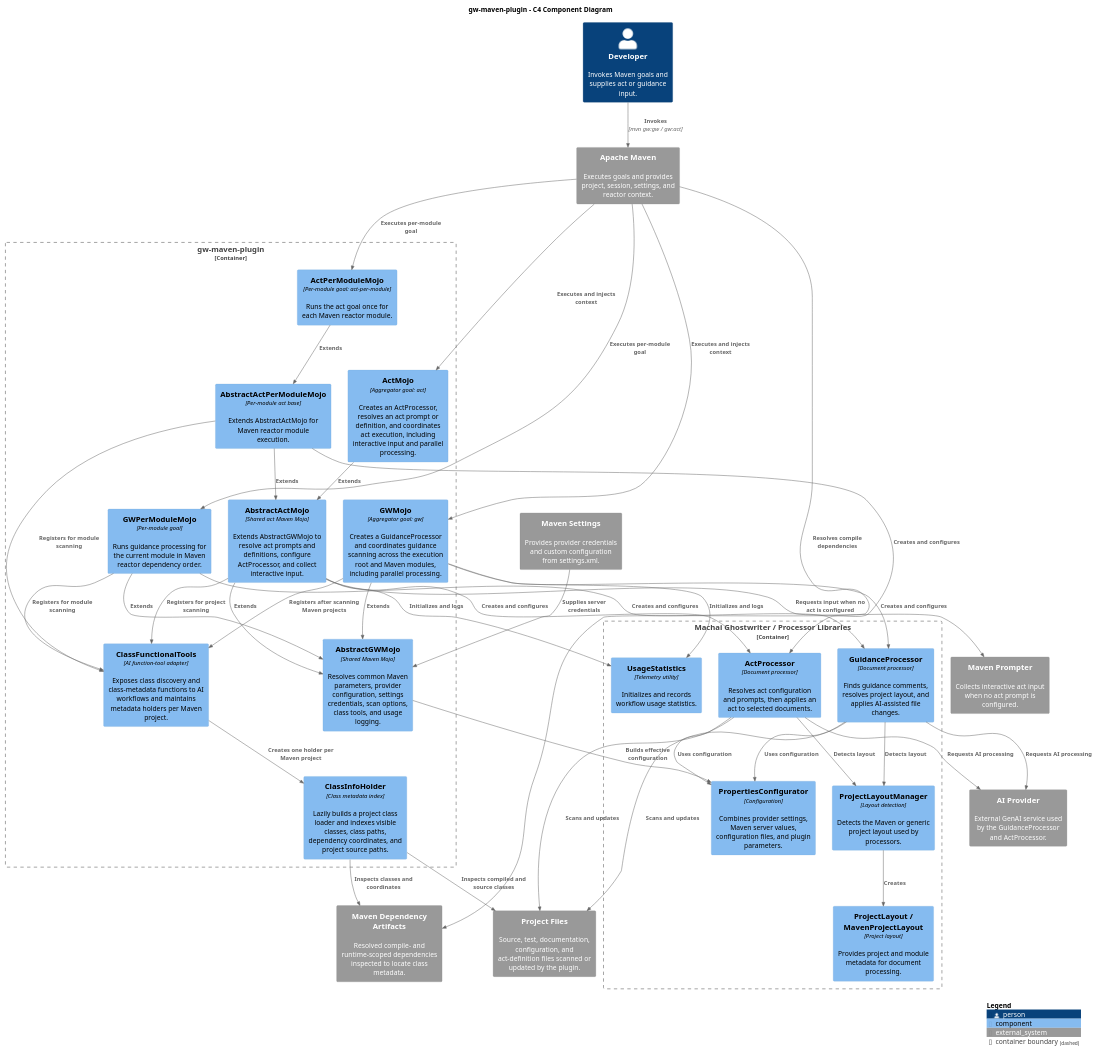
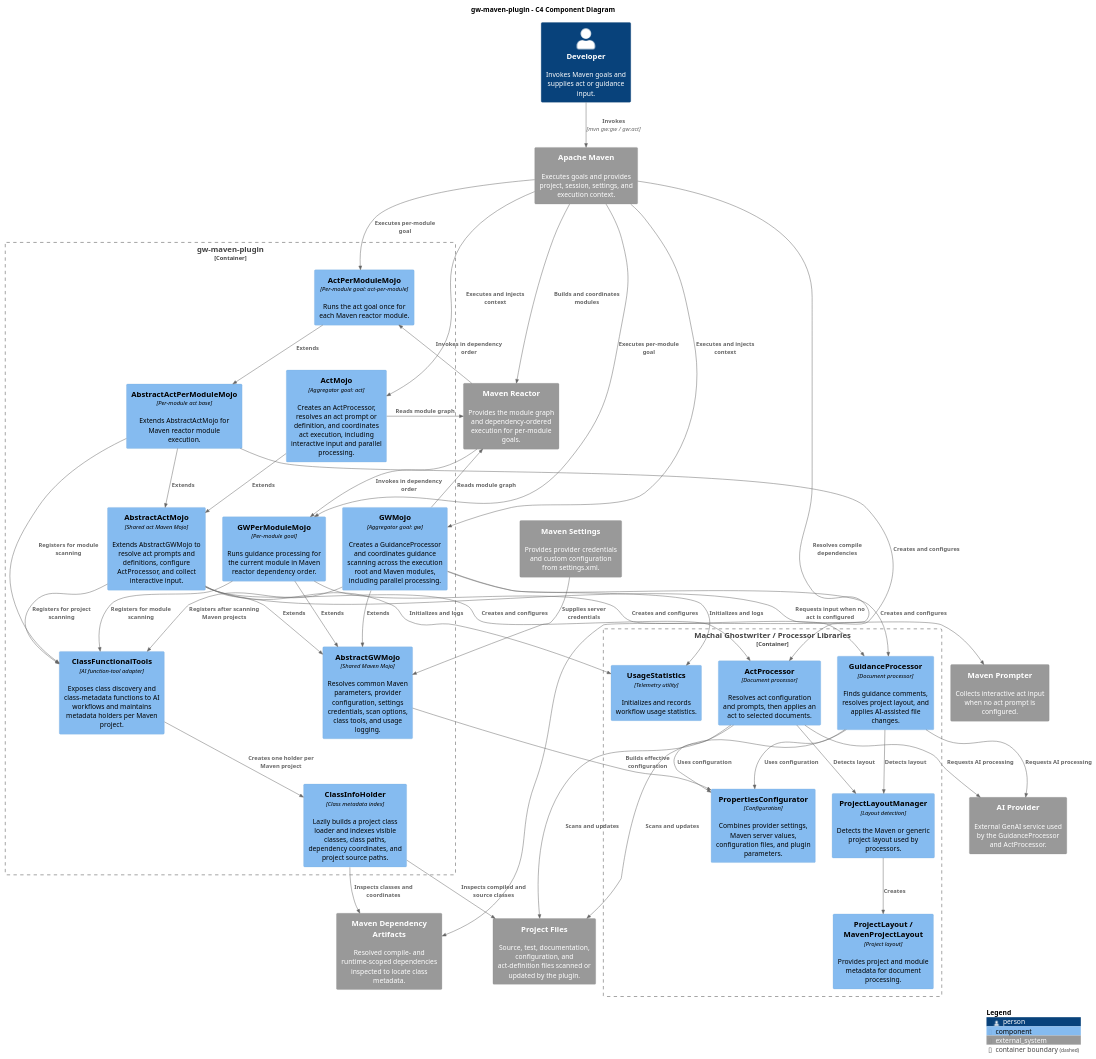
One commit to machanism-org/gw-maven-plugin changed the diagram in src/site/puml/project-structure/c4-diagram.puml. Above: the diagram before and after it, drawn with PlantUML. The commit also changed 6 other files, not shown here.

```diff
--- a/src/site/puml/project-structure/c4-diagram.puml
+++ b/src/site/puml/project-structure/c4-diagram.puml
@@ -10,78 +10,84 @@
 @startuml gw-maven-plugin-components
 !include <C4/C4_Component>
 
 LAYOUT_WITH_LEGEND()
 
 title gw-maven-plugin - C4 Component Diagram
 
 Person(developer, "Developer", "Invokes Maven goals and supplies act or guidance input.")
 
-System_Ext(maven, "Apache Maven", "Executes goals and provides project, session, settings, and reactor context.")
+System_Ext(maven, "Apache Maven", "Executes goals and provides project, session, settings, and execution context.")
+System_Ext(maven_reactor, "Maven Reactor", "Provides the module graph and dependency-ordered execution for per-module goals.")
 System_Ext(maven_settings, "Maven Settings", "Provides provider credentials and custom configuration from settings.xml.")
 System_Ext(dependency_artifacts, "Maven Dependency Artifacts", "Resolved compile- and runtime-scoped dependencies inspected to locate class metadata.")
 System_Ext(prompter, "Maven Prompter", "Collects interactive act input when no act prompt is configured.")
 System_Ext(ai_provider, "AI Provider", "External GenAI service used by the GuidanceProcessor and ActProcessor.")
 System_Ext(project_files, "Project Files", "Source, test, documentation, configuration, and act-definition files scanned or updated by the plugin.")
 
 Container_Boundary(plugin, "gw-maven-plugin") {
     Component(abstract_gw_mojo, "AbstractGWMojo", "Shared Maven Mojo", "Resolves common Maven parameters, provider configuration, settings credentials, scan options, class tools, and usage logging.")
     Component(abstract_act_mojo, "AbstractActMojo", "Shared act Maven Mojo", "Extends AbstractGWMojo to resolve act prompts and definitions, configure ActProcessor, and collect interactive input.")
     Component(abstract_act_per_module_mojo, "AbstractActPerModuleMojo", "Per-module act base", "Extends AbstractActMojo for Maven reactor module execution.")
     Component(gw_mojo, "GWMojo", "Aggregator goal: gw", "Creates a GuidanceProcessor and coordinates guidance scanning across the execution root and Maven modules, including parallel processing.")
     Component(act_mojo, "ActMojo", "Aggregator goal: act", "Creates an ActProcessor, resolves an act prompt or definition, and coordinates act execution, including interactive input and parallel processing.")
     Component(gw_per_module_mojo, "GWPerModuleMojo", "Per-module goal", "Runs guidance processing for the current module in Maven reactor dependency order.")
     Component(act_per_module_mojo, "ActPerModuleMojo", "Per-module goal: act-per-module", "Runs the act goal once for each Maven reactor module.")
     Component(class_tools, "ClassFunctionalTools", "AI function-tool adapter", "Exposes class discovery and class-metadata functions to AI workflows and maintains metadata holders per Maven project.")
     Component(class_info_holder, "ClassInfoHolder", "Class metadata index", "Lazily builds a project class loader and indexes visible classes, class paths, dependency coordinates, and project source paths.")
 }
 
 Container_Boundary(ghostwriter, "Machai Ghostwriter / Processor Libraries") {
     Component(guidance_processor, "GuidanceProcessor", "Document processor", "Finds guidance comments, resolves project layout, and applies AI-assisted file changes.")
     Component(act_processor, "ActProcessor", "Document processor", "Resolves act configuration and prompts, then applies an act to selected documents.")
     Component(project_layout_manager, "ProjectLayoutManager", "Layout detection", "Detects the Maven or generic project layout used by processors.")
     Component(project_layout, "ProjectLayout / MavenProjectLayout", "Project layout", "Provides project and module metadata for document processing.")
     Component(configurator, "PropertiesConfigurator", "Configuration", "Combines provider settings, Maven server values, configuration files, and plugin parameters.")
     Component(usage_stats, "UsageStatistics", "Telemetry utility", "Initializes and records workflow usage statistics.")
 }
 
 Rel(developer, maven, "Invokes", "mvn gw:gw / gw:act")
 Rel(maven, gw_mojo, "Executes and injects context")
 Rel(maven, act_mojo, "Executes and injects context")
 Rel(maven, gw_per_module_mojo, "Executes per-module goal")
 Rel(maven, act_per_module_mojo, "Executes per-module goal")
+Rel(maven, maven_reactor, "Builds and coordinates modules")
+Rel(gw_mojo, maven_reactor, "Reads module graph")
+Rel(act_mojo, maven_reactor, "Reads module graph")
+Rel(maven_reactor, gw_per_module_mojo, "Invokes in dependency order")
+Rel(maven_reactor, act_per_module_mojo, "Invokes in dependency order")
 Rel(maven, dependency_artifacts, "Resolves compile dependencies")
 Rel(maven_settings, abstract_gw_mojo, "Supplies server credentials")
 Rel(abstract_act_mojo, prompter, "Requests input when no act is configured")
 Rel(abstract_gw_mojo, configurator, "Builds effective configuration")
 
 Rel(gw_mojo, abstract_gw_mojo, "Extends")
 Rel(abstract_act_mojo, abstract_gw_mojo, "Extends")
 Rel(act_mojo, abstract_act_mojo, "Extends")
 Rel(abstract_act_per_module_mojo, abstract_act_mojo, "Extends")
 Rel(act_per_module_mojo, abstract_act_per_module_mojo, "Extends")
 Rel(gw_per_module_mojo, abstract_gw_mojo, "Extends")
 Rel(gw_mojo, guidance_processor, "Creates and configures")
 Rel(abstract_act_mojo, act_processor, "Creates and configures")
 Rel(gw_per_module_mojo, guidance_processor, "Creates and configures")
 Rel(abstract_act_per_module_mojo, act_processor, "Creates and configures")
 Rel(gw_mojo, class_tools, "Registers after scanning Maven projects")
 Rel(abstract_act_mojo, class_tools, "Registers for project scanning")
 Rel(gw_per_module_mojo, class_tools, "Registers for module scanning")
 Rel(abstract_act_per_module_mojo, class_tools, "Registers for module scanning")
 Rel(guidance_processor, project_layout_manager, "Detects layout")
 Rel(act_processor, project_layout_manager, "Detects layout")
 Rel(project_layout_manager, project_layout, "Creates")
 Rel(guidance_processor, configurator, "Uses configuration")
 Rel(act_processor, configurator, "Uses configuration")
 Rel(guidance_processor, project_files, "Scans and updates")
 Rel(act_processor, project_files, "Scans and updates")
 Rel(guidance_processor, ai_provider, "Requests AI processing")
 Rel(act_processor, ai_provider, "Requests AI processing")
 Rel(class_tools, class_info_holder, "Creates one holder per Maven project")
 Rel(class_info_holder, project_files, "Inspects compiled and source classes")
 Rel(class_info_holder, dependency_artifacts, "Inspects classes and coordinates")
 Rel(gw_mojo, usage_stats, "Initializes and logs")
 Rel(abstract_act_mojo, usage_stats, "Initializes and logs")
 
 SHOW_LEGEND()
 @enduml
```
